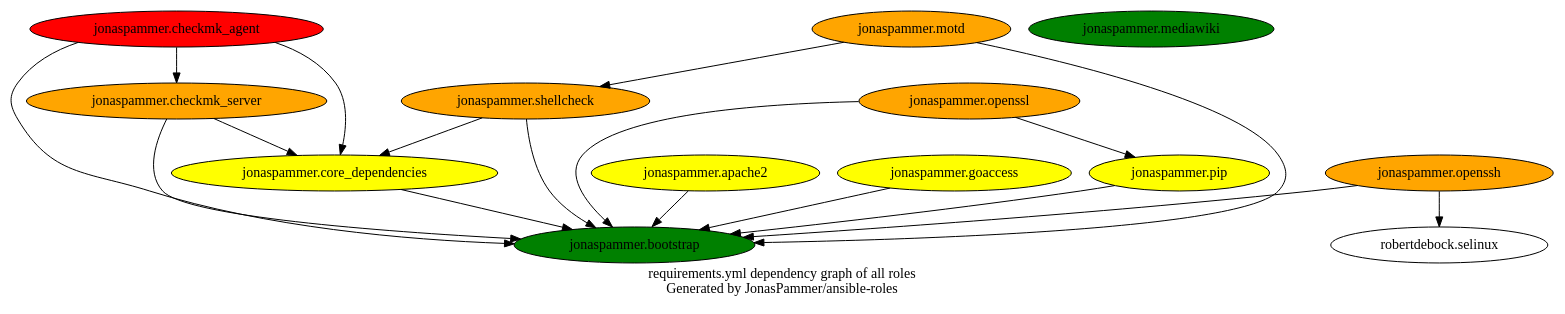
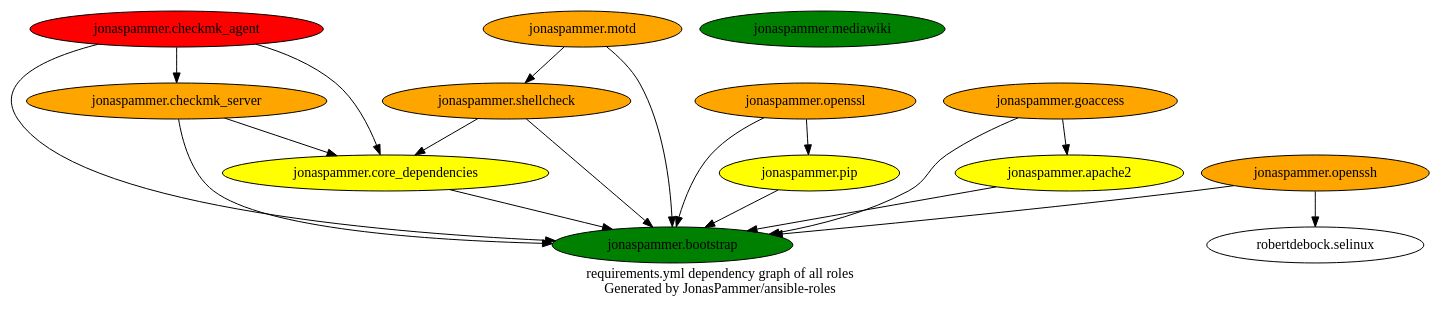
One commit to JonasPammer/ansible-roles changed the diagram in graphs/dependencies_ALL.dot. Above: the diagram before and after it, drawn with Graphviz. The commit also changed 5 other files, not shown here.

```diff
--- a/graphs/dependencies_ALL.dot
+++ b/graphs/dependencies_ALL.dot
@@ -1,30 +1,30 @@
 digraph hierarchy {
   label = "requirements.yml dependency graph of all roles \n Generated by JonasPammer/ansible-roles" ;
 
   {
     "jonaspammer.bootstrap" [fillcolor=green style=filled]
     "jonaspammer.core_dependencies" [fillcolor=yellow style=filled]
     "jonaspammer.pip" [fillcolor=yellow style=filled]
     "jonaspammer.shellcheck" [fillcolor=orange style=filled]
     "jonaspammer.checkmk_server" [fillcolor=orange style=filled]
     "jonaspammer.checkmk_agent" [fillcolor=red style=filled]
     "jonaspammer.openssh" [fillcolor=orange style=filled]
     "jonaspammer.motd" [fillcolor=orange style=filled]
     "jonaspammer.apache2" [fillcolor=yellow style=filled]
     "jonaspammer.openssl" [fillcolor=orange style=filled]
-    "jonaspammer.goaccess" [fillcolor=yellow style=filled]
+    "jonaspammer.goaccess" [fillcolor=orange style=filled]
     "jonaspammer.mediawiki" [fillcolor=green style=filled]
   }
 
 
   "jonaspammer.core_dependencies" -> {"jonaspammer.bootstrap"}
   "jonaspammer.pip" -> {"jonaspammer.bootstrap"}
   "jonaspammer.shellcheck" -> {"jonaspammer.bootstrap" "jonaspammer.core_dependencies"}
   "jonaspammer.checkmk_server" -> {"jonaspammer.bootstrap" "jonaspammer.core_dependencies"}
   "jonaspammer.checkmk_agent" -> {"jonaspammer.bootstrap" "jonaspammer.checkmk_server" "jonaspammer.core_dependencies"}
   "jonaspammer.openssh" -> {"jonaspammer.bootstrap" "robertdebock.selinux"}
   "jonaspammer.motd" -> {"jonaspammer.bootstrap" "jonaspammer.shellcheck"}
   "jonaspammer.apache2" -> {"jonaspammer.bootstrap"}
   "jonaspammer.openssl" -> {"jonaspammer.pip" "jonaspammer.bootstrap"}
-  "jonaspammer.goaccess" -> {"jonaspammer.bootstrap"}
+  "jonaspammer.goaccess" -> {"jonaspammer.bootstrap" "jonaspammer.apache2"}
 }
```
